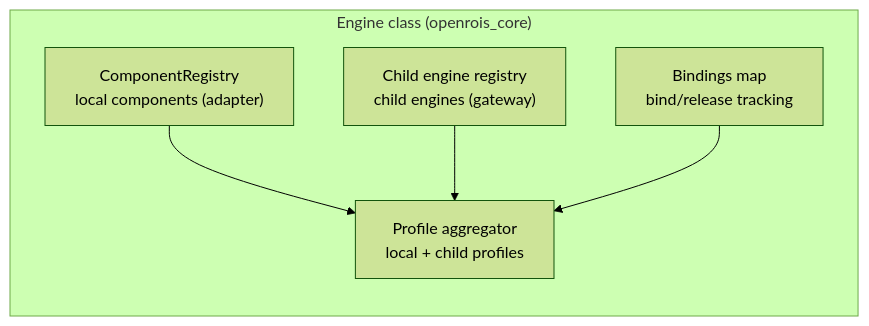
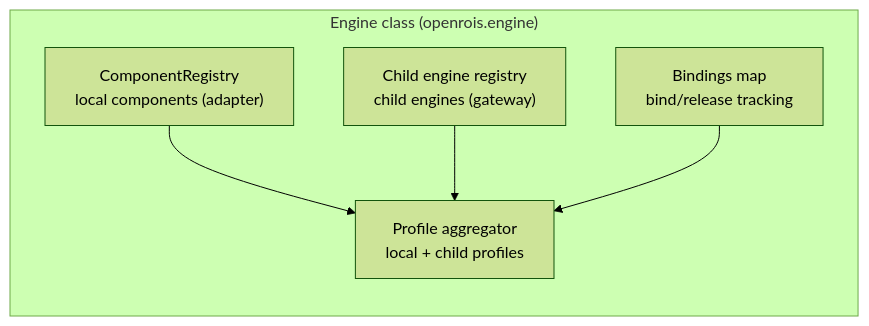
The third of 18 diagrams in docs/white-paper.md (openrois/openrois), drawn with Mermaid (forest theme) before and after one commit. The commit also changed other lines of this file and 84 other files, not shown here.

````diff
--- a/docs/white-paper.md
+++ b/docs/white-paper.md
@@ -300,13 +300,13 @@
 ```mermaid
 flowchart TB
-    subgraph Engine["Engine class (openrois_core)"]
+    subgraph Engine["Engine class (openrois.engine)"]
         direction TB
         CR["ComponentRegistry<br/>local components (adapter)"]
         SR["Child engine registry<br/>child engines (gateway)"]
         Bind["Bindings map<br/>bind/release tracking"]
         Profile["Profile aggregator<br/>local + child profiles"]
         CR --> Profile
         SR --> Profile
         Bind --> Profile
     end
 ```
````
